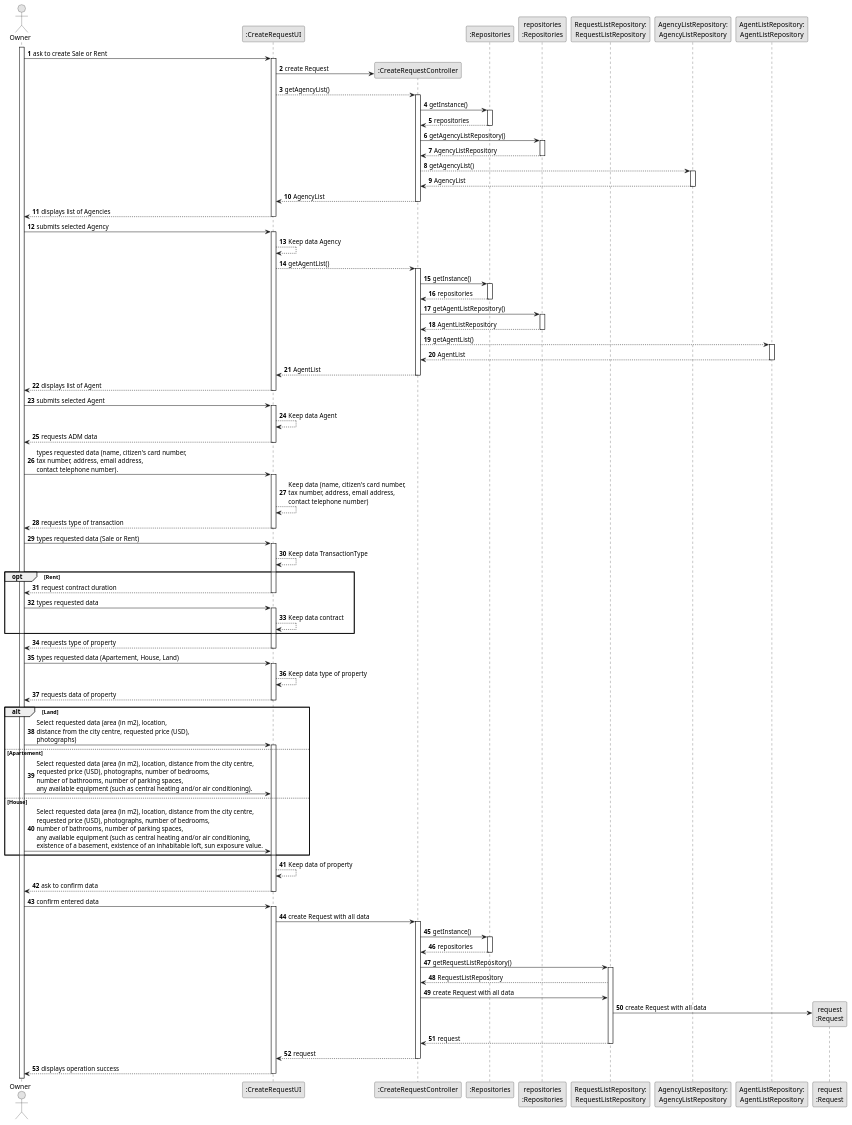
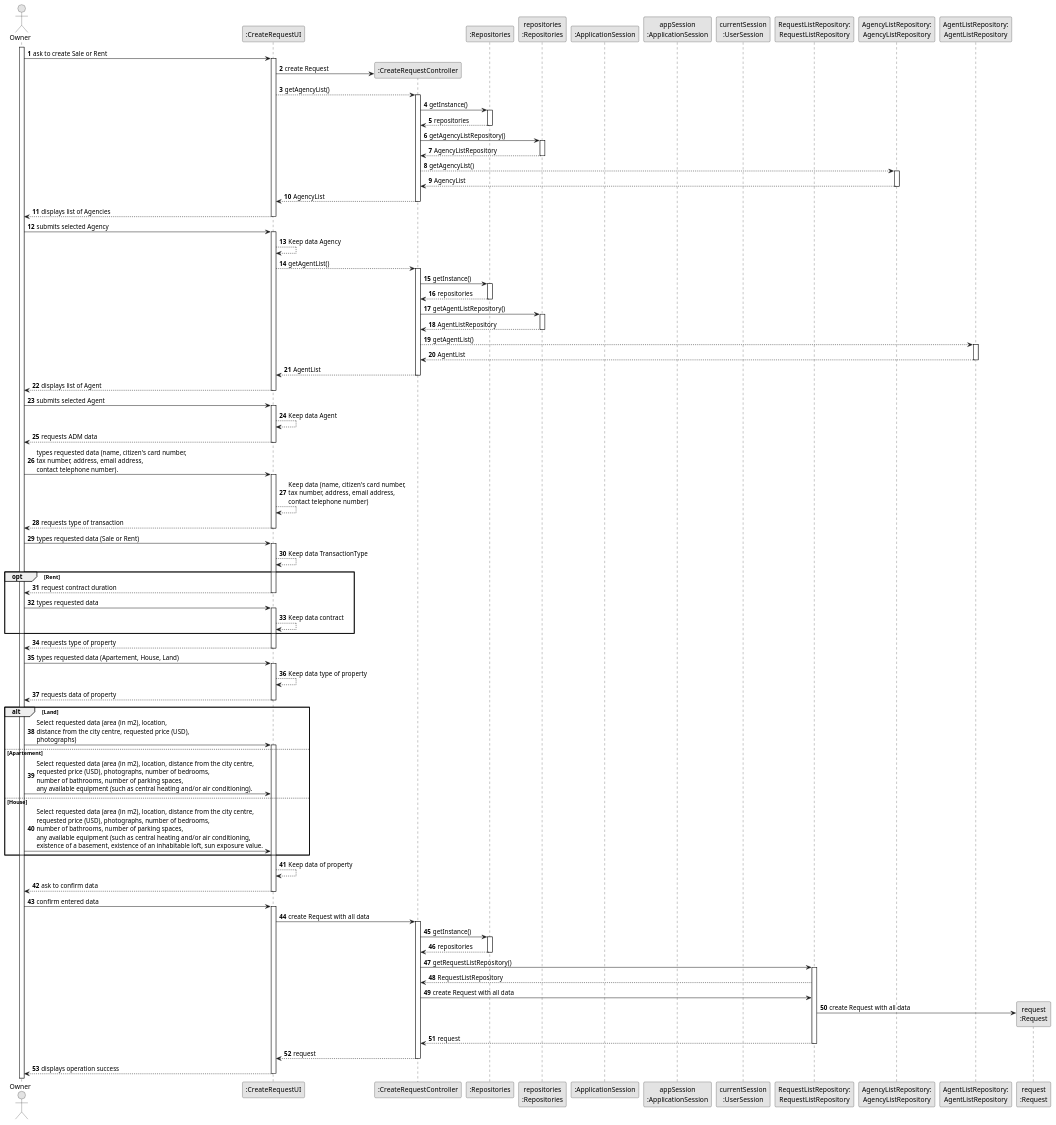
The diagram in docs/sprintB/us004/03.design/puml/us004-sequence-diagram-full.puml (Goncalves2525/real-estate-management-system), drawn with PlantUML before and after one commit. The commit also changed 5 other files, not shown here.

```diff
--- a/docs/sprintB/us004/03.design/puml/us004-sequence-diagram-full.puml
+++ b/docs/sprintB/us004/03.design/puml/us004-sequence-diagram-full.puml
@@ -1,182 +1,185 @@
 @startuml
 skinparam monochrome true
 skinparam packageStyle rectangle
 skinparam shadowing false
 
 autonumber
 
 'hide footbox
 actor "Owner" as ADM
 participant ":CreateRequestUI" as UI
 participant ":CreateRequestController" as CTRL
 participant ":Repositories" as RepositorySingleton
 participant "repositories\n:Repositories" as PLAT
+participant ":ApplicationSession" as _APP
+participant "appSession\n:ApplicationSession" as APP
+participant "currentSession\n:UserSession" as SESSAO
 participant "RequestListRepository:\nRequestListRepository" as RequestListRepository
 participant "AgencyListRepository:\nAgencyListRepository" as AgencyListRepository
 participant "AgentListRepository:\nAgentListRepository" as AgentListRepository
 'participant "OwnerListRepository:\nOwnerListRepository" as OwnerListRepository
 participant "request\n:Request" as REQUEST
 
 
 activate ADM
 
         ADM -> UI : ask to create Sale or Rent
 
         activate UI
 
             UI -> CTRL** : create Request
                 UI --> CTRL : getAgencyList()
                 activate CTRL
 
                  CTRL -> RepositorySingleton : getInstance()
 
                  activate RepositorySingleton
 
                  RepositorySingleton --> CTRL: repositories
 
                  deactivate RepositorySingleton
 
                   CTRL -> PLAT : getAgencyListRepository()
                   activate PLAT
 
                   PLAT --> CTRL: AgencyListRepository
                   deactivate PLAT
 
                 CTRL --> AgencyListRepository : getAgencyList()
 
                 activate AgencyListRepository
 
                 AgencyListRepository --> CTRL : AgencyList
 
                 deactivate AgencyListRepository
                 CTRL--> UI : AgencyList
                 deactivate
 
                 UI --> ADM : displays list of Agencies
 
                 deactivate  UI
 
                     ADM -> UI :submits selected Agency
 
                 activate UI
                 UI --> UI : Keep data Agency
                 UI --> CTRL : getAgentList()
                 activate CTRL
 
                  CTRL -> RepositorySingleton : getInstance()
 
                  activate RepositorySingleton
 
                  RepositorySingleton --> CTRL: repositories
 
                  deactivate RepositorySingleton
 
                  CTRL -> PLAT : getAgentListRepository()
                  activate PLAT
 
                  PLAT --> CTRL: AgentListRepository
                  deactivate PLAT
 
 
 
                 CTRL --> AgentListRepository : getAgentList()
                 activate AgentListRepository
 
                 AgentListRepository --> CTRL : AgentList
                 deactivate AgentListRepository
                 CTRL--> UI : AgentList
                 deactivate CTRL
 
                 UI --> ADM :displays list of Agent
                 deactivate UI
 
 
                 ADM -> UI : submits selected Agent
                 activate UI
                 UI --> UI : Keep data Agent
 
 
                 'UI --> : getOwnerListCharactristics()
 
                 UI --> ADM : requests ADM data
                 deactivate UI
 
                     ADM -> UI : types requested data (name, citizen's card number, \ntax number, address, email address, \ncontact telephone number).
 
                 activate UI
 
                     UI --> UI : Keep data (name, citizen's card number, \ntax number, address, email address, \ncontact telephone number)
                     'UI --> : getTransactionType()
                     UI --> ADM : requests type of transaction
 
                     deactivate UI
                     ADM -> UI : types requested data (Sale or Rent)
 
                 activate UI
                     UI --> UI : Keep data TransactionType
 
                 opt Rent
                  '   UI --> : getContractDuration()
                     UI --> ADM: request contract duration
                     deactivate UI
 
                     ADM -> UI: types requested data
                     activate UI
                     UI --> UI : Keep data contract
                 end
                     'UI --> : getPropertyTypeList()
                     UI --> ADM : requests type of property
                 deactivate UI
 
                     ADM -> UI : types requested data (Apartement, House, Land)
                 activate UI
 
                        UI --> UI : Keep data type of property
                         UI --> ADM : requests data of property
                 deactivate UI
 
                 alt  Land
 
                     ADM -> UI: Select requested data (area (in m2), location, \ndistance from the city centre, requested price (USD), \nphotographs)
                 activate UI
                 else  Apartement
                     ADM -> UI: Select requested data (area (in m2), location, distance from the city centre, \nrequested price (USD), photographs, number of bedrooms,\nnumber of bathrooms, number of parking spaces,\nany available equipment (such as central heating and/or air conditioning).
                 else  House
                     ADM -> UI: Select requested data (area (in m2), location, distance from the city centre, \nrequested price (USD), photographs, number of bedrooms,\nnumber of bathrooms, number of parking spaces,\nany available equipment (such as central heating and/or air conditioning, \nexistence of a basement, existence of an inhabitable loft, sun exposure value.
                 end
                 UI --> UI : Keep data of property
 
                         UI --> ADM : ask to confirm data
                 deactivate UI
 
                         ADM -> UI: confirm entered data
                 activate UI
                 UI -> CTRL : create Request with all data
                 activate CTRL
                 CTRL -> RepositorySingleton : getInstance()
 
                  activate RepositorySingleton
 
                  RepositorySingleton --> CTRL: repositories
 
                  deactivate RepositorySingleton
 
                  CTRL -> RequestListRepository : getRequestListRepository()
                  activate RequestListRepository
 
                  RequestListRepository --> CTRL : RequestListRepository
                  CTRL -> RequestListRepository : create Request with all data
 
                  RequestListRepository -> REQUEST**: create Request with all data
                  RequestListRepository --> CTRL : request
 
                  deactivate RequestListRepository
 
                  CTRL --> UI :request
                  deactivate CTRL
 
                     UI --> ADM : displays operation success
                 deactivate UI
 
 
             @enduml
```
